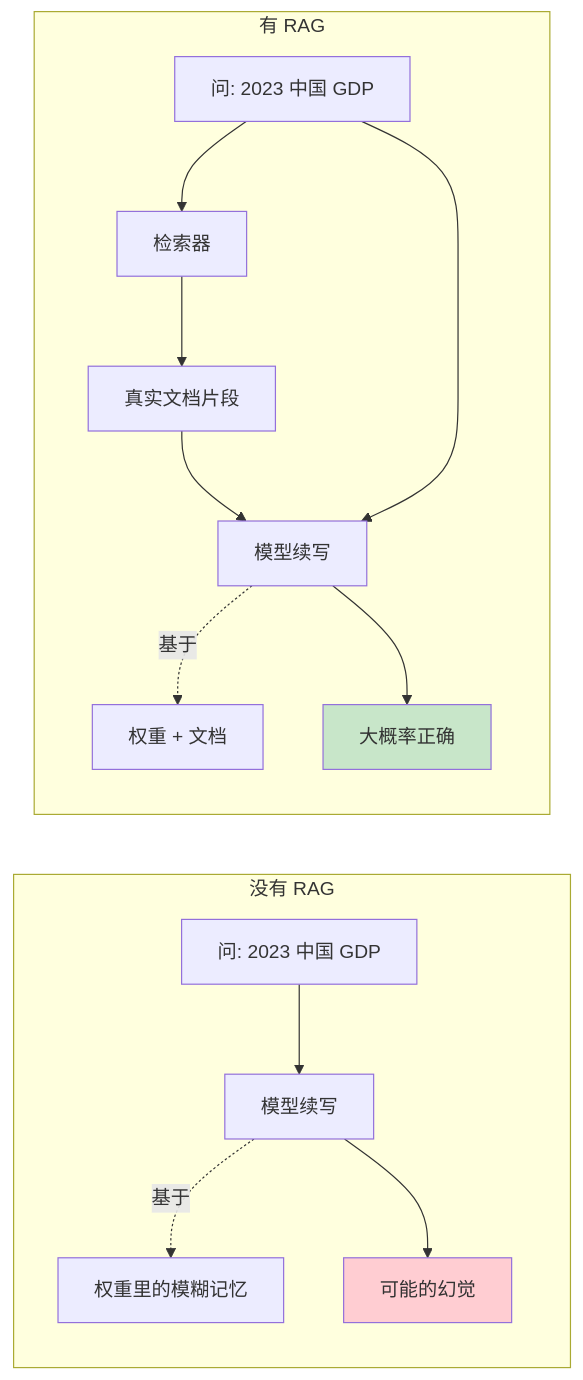
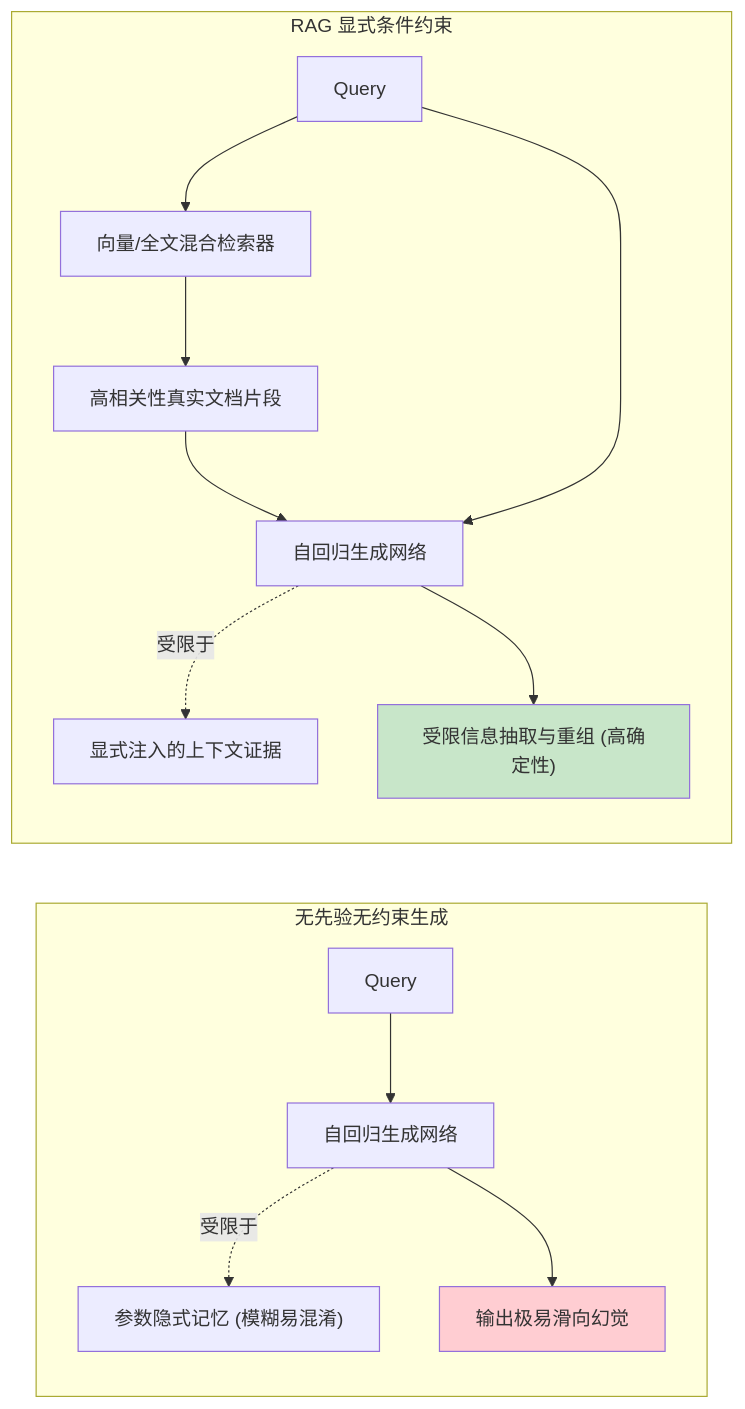
Before and after one commit to yingwang/thinking-in-llm: the third of 7 diagrams in chapters/07-hallucination.md, drawn with Mermaid. The commit also changed other lines of this file and 31 other files, not shown here.

````diff
--- a/chapters/07-hallucination.md
+++ b/chapters/07-hallucination.md
@@ -189,20 +158,20 @@
 ```mermaid
 flowchart LR
-    subgraph 没有RAG["没有 RAG"]
-        Q1["问: 2023 中国 GDP"] --> M1["模型续写"]
-        M1 -.->|"基于"| W1["权重里的模糊记忆"]
-        M1 --> A1["可能的幻觉"]
+    subgraph 无检索生成["无先验无约束生成"]
+        Q1["Query"] --> M1["自回归生成网络"]
+        M1 -.->|"受限于"| W1["参数隐式记忆 (模糊易混淆)"]
+        M1 --> A1["输出极易滑向幻觉"]
     end
     
-    subgraph 有RAG["有 RAG"]
-        Q2["问: 2023 中国 GDP"] --> R["检索器"]
-        R --> D["真实文档片段"]
-        D --> M2["模型续写"]
+    subgraph 检索增强生成["RAG 显式条件约束"]
+        Q2["Query"] --> Ret["向量/全文混合检索器"]
+        Ret --> Doc["高相关性真实文档片段"]
+        Doc --> M2["自回归生成网络"]
         Q2 --> M2
-        M2 -.->|"基于"| Cond["权重 + 文档"]
-        M2 --> A2["大概率正确"]
+        M2 -.->|"受限于"| Cond["显式注入的上下文证据"]
+        M2 --> A2["受限信息抽取与重组 (高确定性)"]
     end
     
     style A1 fill:#ffcdd2
     style A2 fill:#c8e6c9
 ```
````
